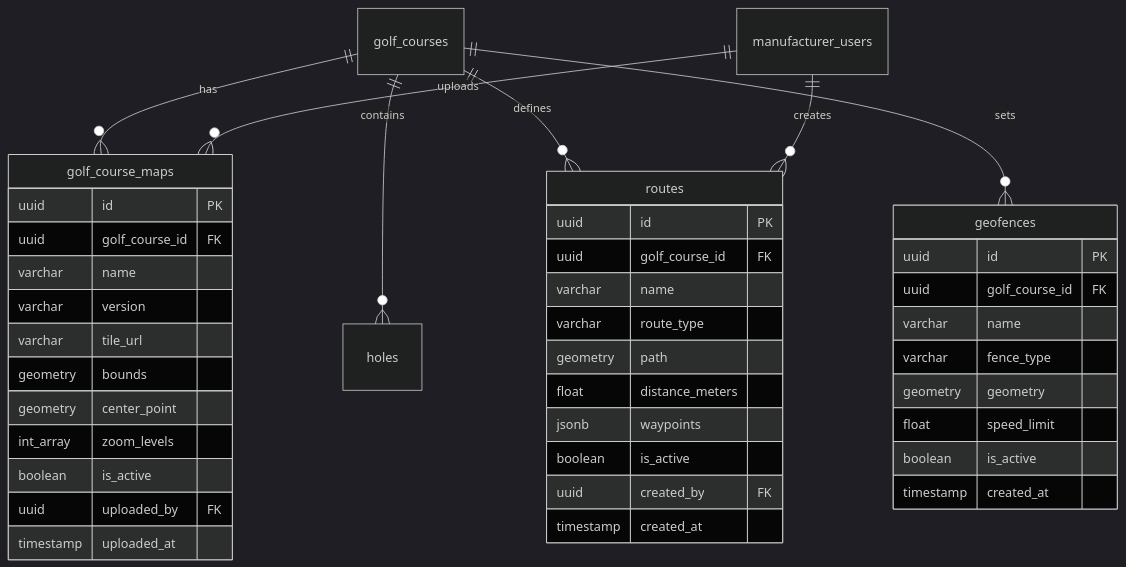
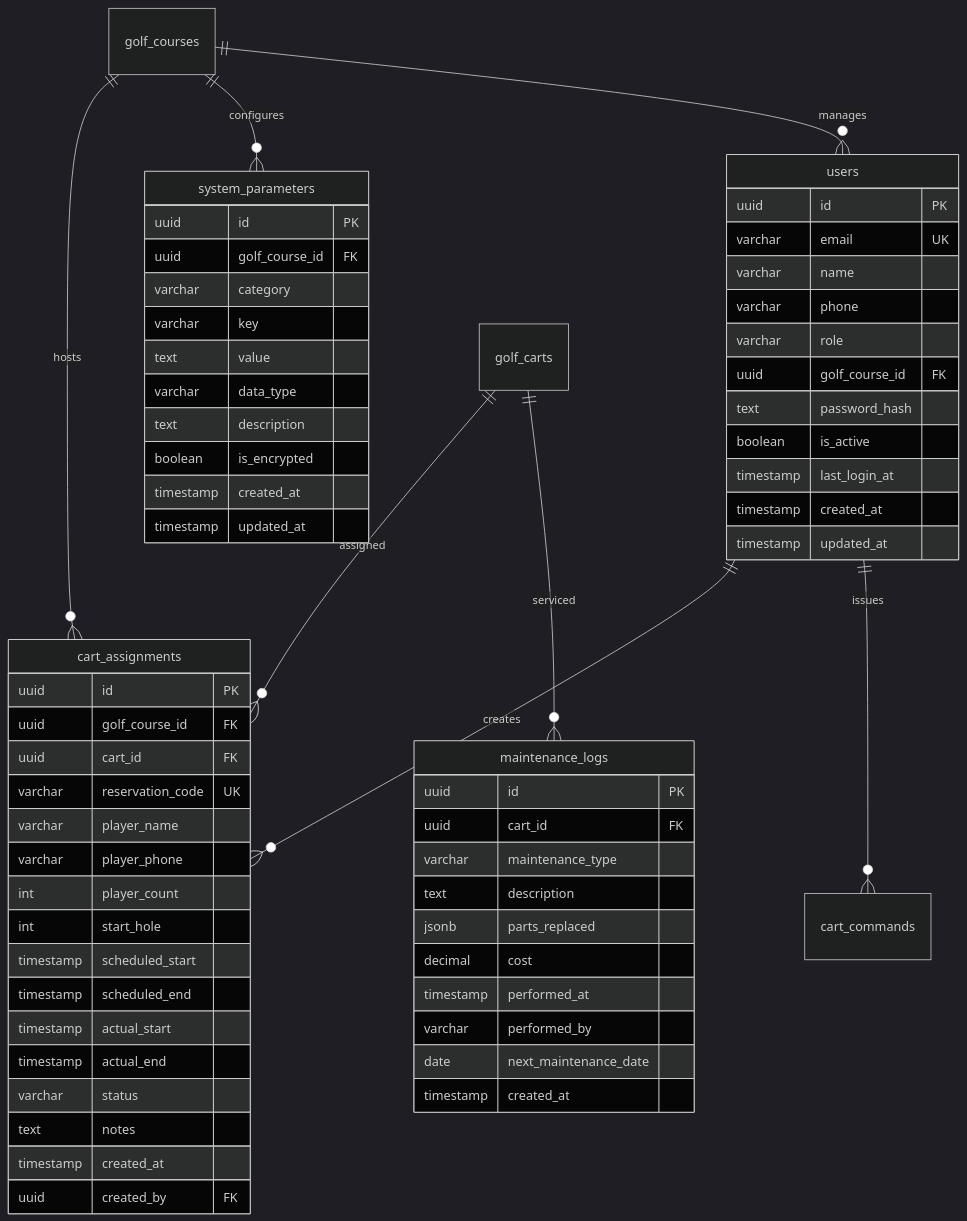
The fourth of 7 diagrams in docs/00-PRD/erd-mermaid.md (viadevelopers/DY-golfcart-monolith), drawn with Mermaid (dark theme) before and after one commit. The commit also changed other lines of this file and 67 other files, not shown here.

First line of the commit message:
refactor: Complete DDD to MVP architecture transition

````diff
--- a/docs/00-PRD/erd-mermaid.md
+++ b/docs/00-PRD/erd-mermaid.md
@@ -102,47 +199,69 @@
 ```mermaid
 erDiagram
-    golf_courses ||--o{ golf_course_maps : "has"
-    golf_courses ||--o{ holes : "contains"
-    golf_courses ||--o{ routes : "defines"
-    golf_courses ||--o{ geofences : "sets"
-    manufacturer_users ||--o{ golf_course_maps : "uploads"
-    manufacturer_users ||--o{ routes : "creates"
+    users {
+        uuid id PK
+        varchar email UK
+        varchar name
+        varchar phone
+        varchar role
+        uuid golf_course_id FK
+        text password_hash
+        boolean is_active
+        timestamp last_login_at
+        timestamp created_at
+        timestamp updated_at
+    }
 
-    golf_course_maps {
+    cart_assignments {
         uuid id PK
         uuid golf_course_id FK
-        varchar name
-        varchar version
-        varchar tile_url
-        geometry bounds
-        geometry center_point
-        int_array zoom_levels
-        boolean is_active
-        uuid uploaded_by FK
-        timestamp uploaded_at
+        uuid cart_id FK
+        varchar reservation_code UK
+        varchar player_name
+        varchar player_phone
+        int player_count
+        int start_hole
+        timestamp scheduled_start
+        timestamp scheduled_end
+        timestamp actual_start
+        timestamp actual_end
+        varchar status
+        text notes
+        timestamp created_at
+        uuid created_by FK
     }
 
-    routes {
+    maintenance_logs {
         uuid id PK
-        uuid golf_course_id FK
-        varchar name
-        varchar route_type
-        geometry path
-        float distance_meters
-        jsonb waypoints
-        boolean is_active
-        uuid created_by FK
+        uuid cart_id FK
+        varchar maintenance_type
+        text description
+        jsonb parts_replaced
+        decimal cost
+        timestamp performed_at
+        varchar performed_by
+        date next_maintenance_date
         timestamp created_at
     }
 
-    geofences {
+    system_parameters {
         uuid id PK
         uuid golf_course_id FK
-        varchar name
-        varchar fence_type
-        geometry geometry
-        float speed_limit
-        boolean is_active
+        varchar category
+        varchar key
+        text value
+        varchar data_type
+        text description
+        boolean is_encrypted
         timestamp created_at
+        timestamp updated_at
     }
+
+    users ||--o{ cart_assignments : "creates"
+    users ||--o{ cart_commands : "issues"
+    golf_carts ||--o{ cart_assignments : "assigned"
+    golf_carts ||--o{ maintenance_logs : "serviced"
+    golf_courses ||--o{ cart_assignments : "hosts"
+    golf_courses ||--o{ system_parameters : "configures"
+    golf_courses ||--o{ users : "manages"
 ```
````
